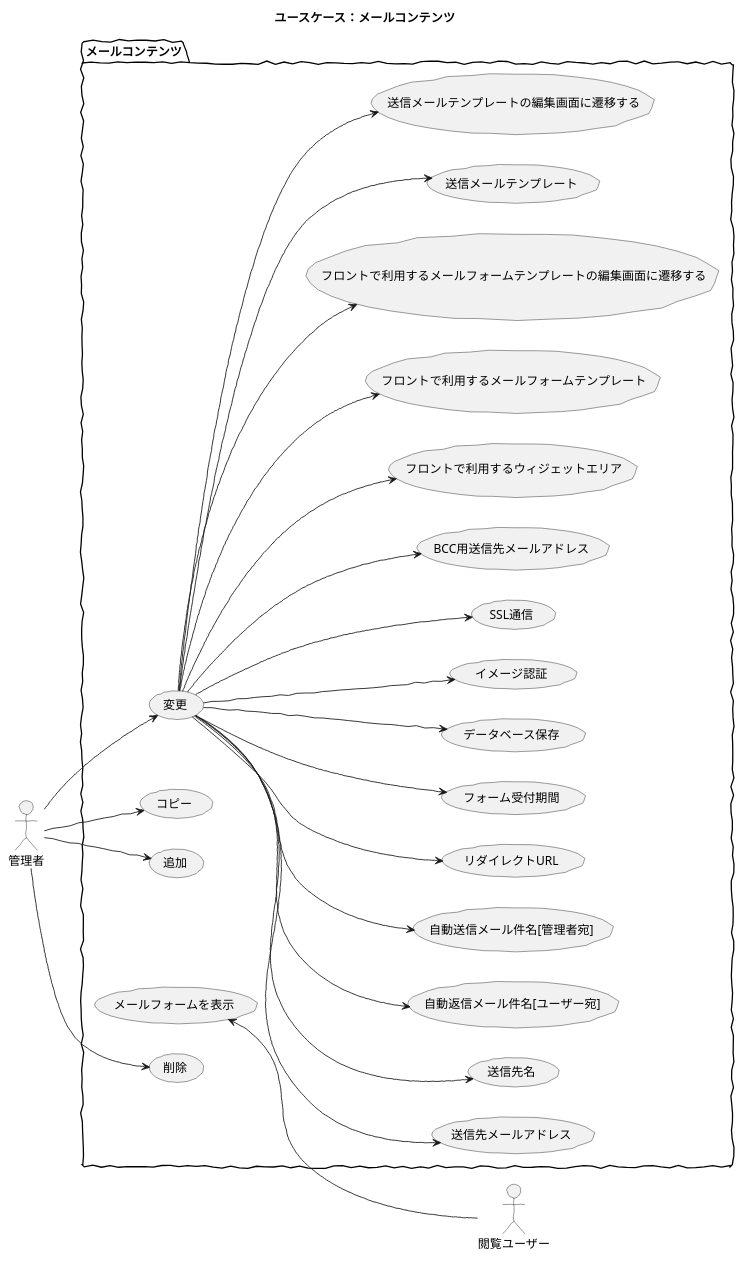
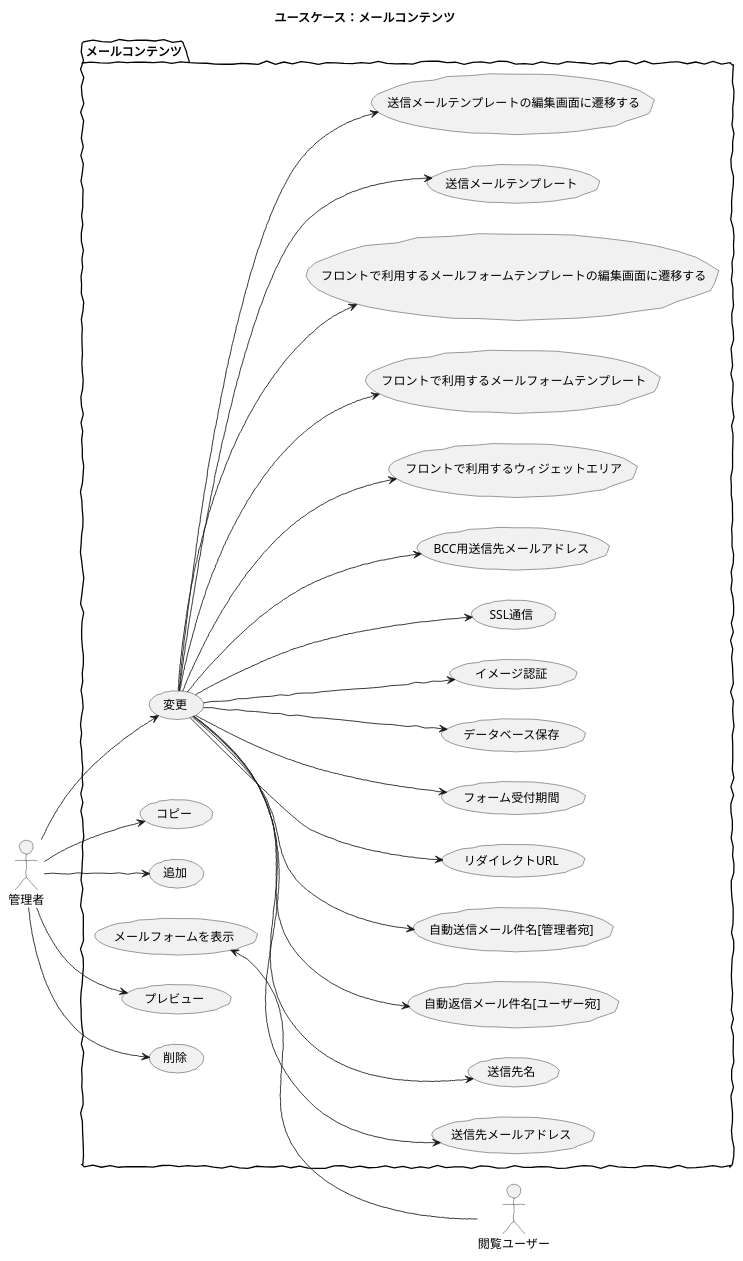
Before and after one commit to baserproject/baserproject.github.io: the diagram in src/puml/5/ucmitz/svg/use_case/bc-mail/mail_contents.puml, drawn with PlantUML. The commit also changed 9 other files, not shown here.

```diff
--- a/src/puml/5/ucmitz/svg/use_case/bc-mail/mail_contents.puml
+++ b/src/puml/5/ucmitz/svg/use_case/bc-mail/mail_contents.puml
@@ -1,35 +1,36 @@
 @startuml
 
 skinparam handwritten true
 skinparam backgroundColor white
 
 title ユースケース：メールコンテンツ
 
 actor 管理者
 actor 閲覧ユーザー
 
 package メールコンテンツ {
 	left to right direction
 	閲覧ユーザー -up-> (メールフォームを表示)
 	管理者 -down-> (追加)
 	管理者 -down-> (変更)
 	(変更) -down-> (送信先メールアドレス)
 	(変更) -down-> (送信先名)
 	(変更) -down-> (自動返信メール件名[ユーザー宛])
 	(変更) -down-> (自動送信メール件名[管理者宛])
 	(変更) -down-> (リダイレクトURL)
 	(変更) -down-> (フォーム受付期間)
 	(変更) -down-> (データベース保存)
 	(変更) -down-> (イメージ認証)
 	(変更) -down-> (SSL通信)
 	(変更) -down-> (BCC用送信先メールアドレス)
 	(変更) -down-> (フロントで利用するウィジェットエリア)
 	(変更) -down-> (フロントで利用するメールフォームテンプレート)
 	(変更) -down-> (フロントで利用するメールフォームテンプレートの編集画面に遷移する)
 	(変更) -down-> (送信メールテンプレート)
 	(変更) -down-> (送信メールテンプレートの編集画面に遷移する)
+	管理者 -down-> (プレビュー)
 	管理者 -down-> (削除)
 	管理者 -down-> (コピー)
 }
 
 @enduml
```
